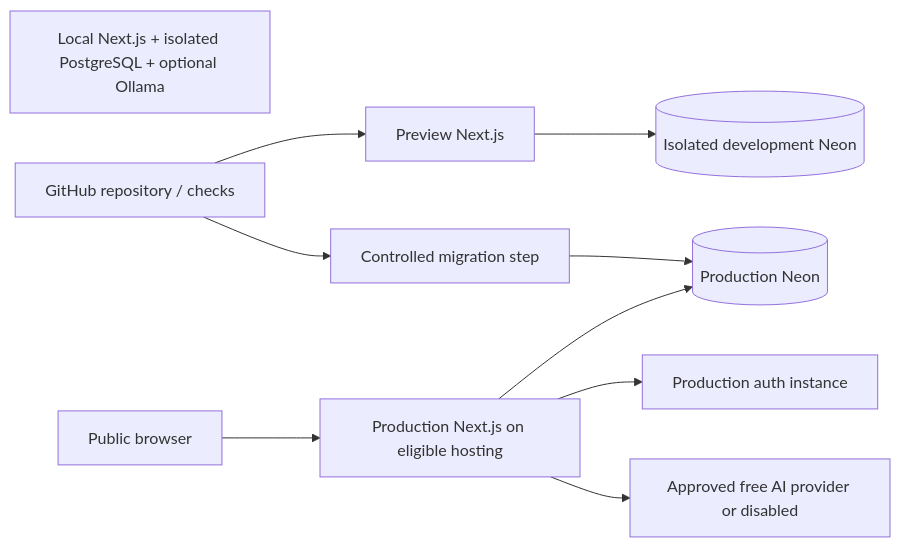
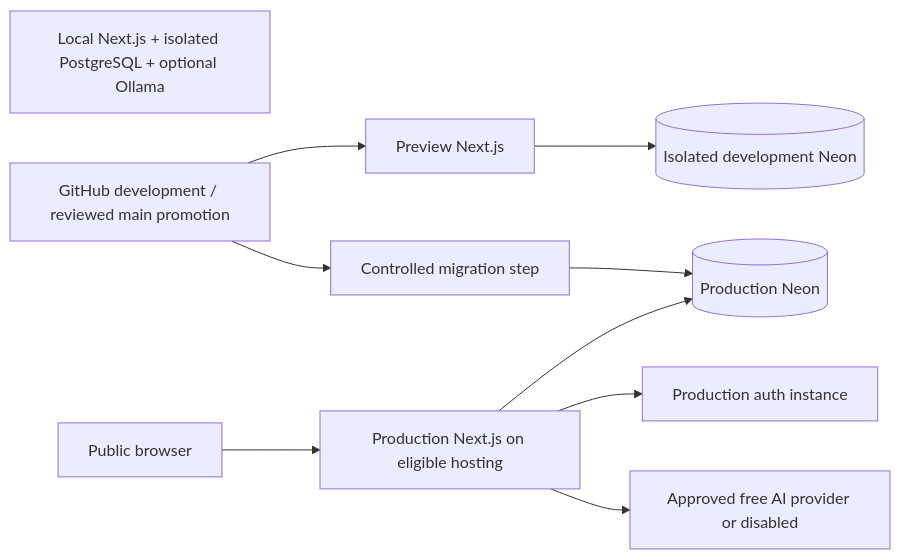
The diagram in docs/02-architecture/diagrams/deployment.md (rhobrenz665/cosmiccore), drawn with Mermaid before and after one commit. The commit also changed other lines of this file and 4 other files, not shown here.

Commit message:
Correct AI privacy disclosure and record release flow

````diff
--- a/docs/02-architecture/diagrams/deployment.md
+++ b/docs/02-architecture/diagrams/deployment.md
@@ -5,12 +11,12 @@
 ```mermaid
 flowchart LR
   DEV[Local Next.js + isolated PostgreSQL + optional Ollama]
-  GH[GitHub repository / checks] --> PRE[Preview Next.js]
+  GH[GitHub development / reviewed main promotion] --> PRE[Preview Next.js]
   GH --> MIG[Controlled migration step]
   MIG --> PRODDB[(Production Neon)]
   PRE --> DEVDB[(Isolated development Neon)]
   USER[Public browser] --> PROD[Production Next.js on eligible hosting]
   PROD --> PRODDB
   PROD --> AUTH[Production auth instance]
   PROD --> AI[Approved free AI provider or disabled]
 ```
````
